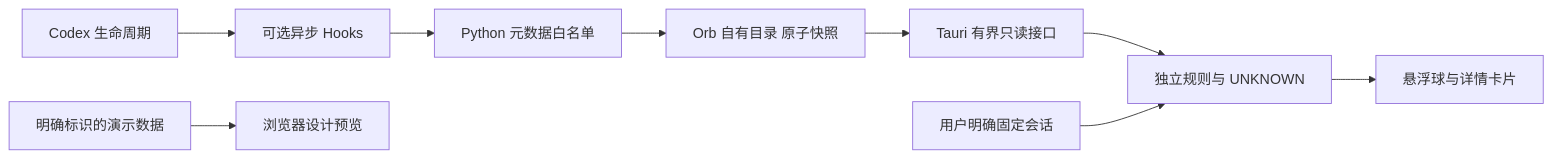
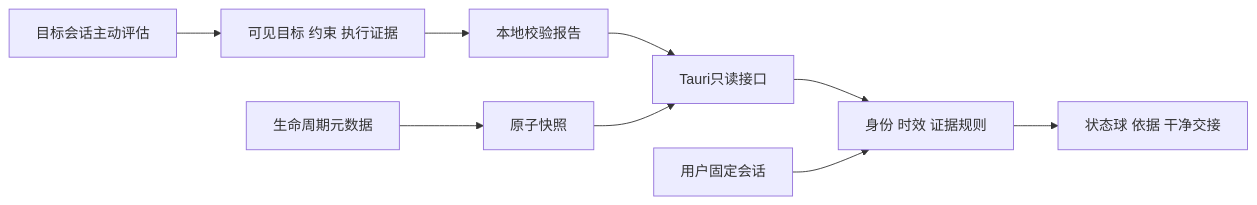
The diagram in docs/ARCHITECTURE.md (Arashi3516/codex-context-orb), drawn with Mermaid before and after one commit. The commit also changed other lines of this file and 41 other files, not shown here.

````diff
--- a/docs/ARCHITECTURE.md
+++ b/docs/ARCHITECTURE.md
@@ -15,11 +7,11 @@
 ```mermaid
 flowchart LR
-  Codex[Codex 生命周期] --> Hooks[可选异步 Hooks]
-  Hooks --> Filter[Python 元数据白名单]
-  Filter --> Spool[Orb 自有目录 原子快照]
-  Spool --> Reader[Tauri 有界只读接口]
-  Reader --> Rules[独立规则与 UNKNOWN]
-  Pin[用户明确固定会话] --> Rules
-  Rules --> Orb[悬浮球与详情卡片]
-  Demo[明确标识的演示数据] --> Preview[浏览器设计预览]
+  User[目标会话主动评估] --> Skill[可见目标 约束 执行证据]
+  Skill --> Store[本地校验报告]
+  Hooks[生命周期元数据] --> Events[原子快照]
+  Store --> Reader[Tauri只读接口]
+  Events --> Reader
+  Reader --> Rule[身份 时效 证据规则]
+  Pin[用户固定会话] --> Rule
+  Rule --> Orb[状态球 依据 干净交接]
 ```
````
